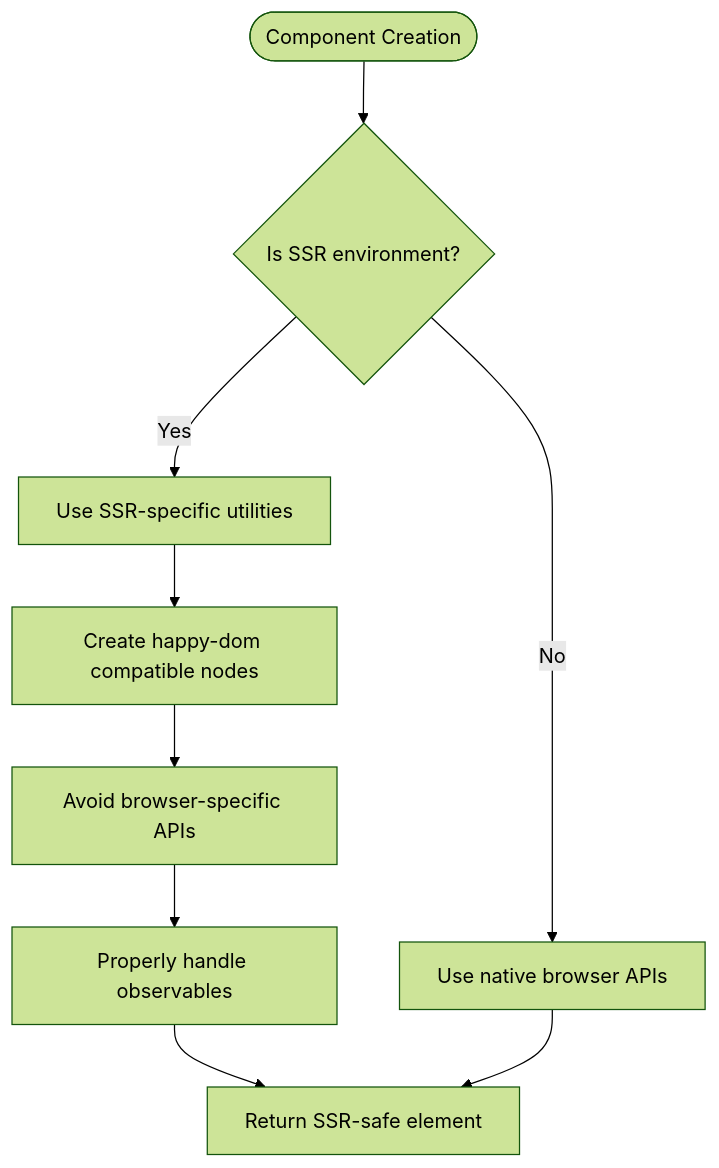
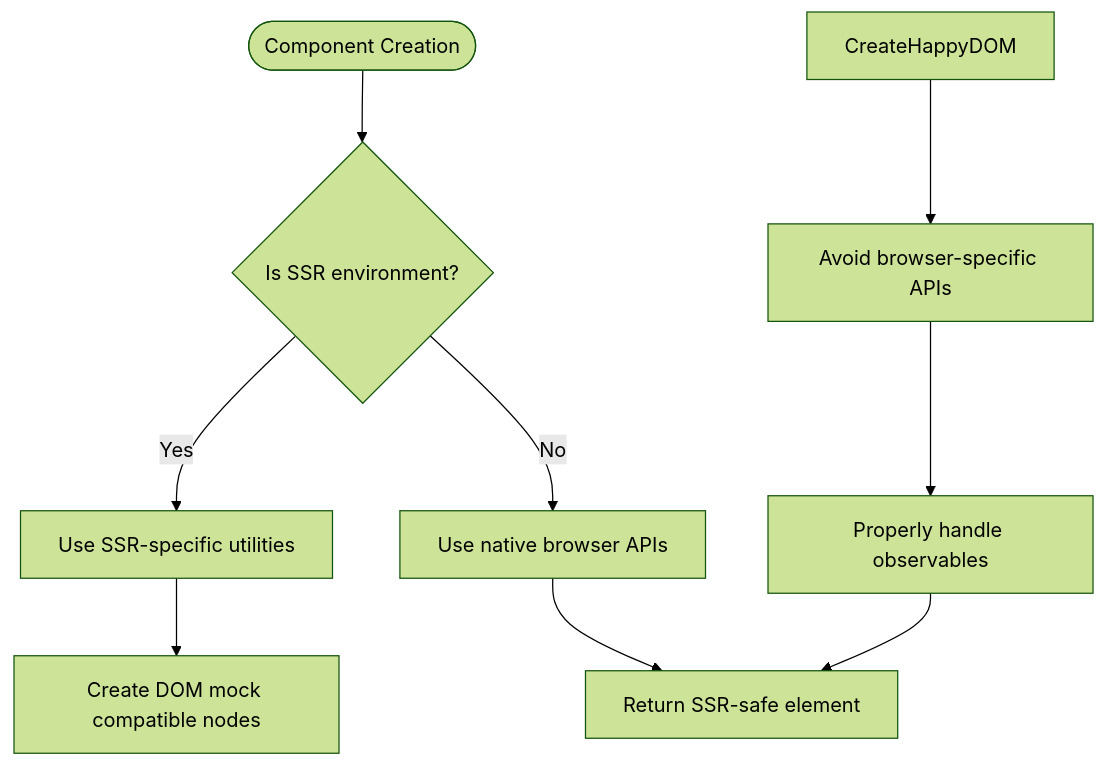
The sixth of 10 diagrams in .qoder/repowiki/en/content/API Reference/Core Methods/Element Creation/Server-Side Element Creation.md (wobyjs/woby), drawn with Mermaid (forest theme) before and after one commit. The commit also changed other lines of this file and 911 other files, not shown here.

First line of the commit message:
refactor(ssr): replace happy-dom with custom DOM mocks for server-side rendering

````diff
--- a/.qoder/repowiki/en/content/API Reference/Core Methods/Element Creation/Server-Side Element Creation.md
+++ b/.qoder/repowiki/en/content/API Reference/Core Methods/Element Creation/Server-Side Element Creation.md
@@ -248,11 +248,11 @@
 ```mermaid
 flowchart TD
 Start([Component Creation]) --> CheckSSR{"Is SSR environment?"}
 CheckSSR --> |Yes| UseSSRUtils["Use SSR-specific utilities"]
-UseSSRUtils --> CreateHappyDOM["Create happy-dom compatible nodes"]
+UseSSRUtils --> CreateMockNodes["Create DOM mock compatible nodes"]
 CreateHappyDOM --> AvoidBrowserAPIs["Avoid browser-specific APIs"]
 AvoidBrowserAPIs --> HandleObservables["Properly handle observables"]
 HandleObservables --> ReturnElement["Return SSR-safe element"]
 CheckSSR --> |No| UseBrowserAPIs["Use native browser APIs"]
 UseBrowserAPIs --> ReturnElement
 ```
````
